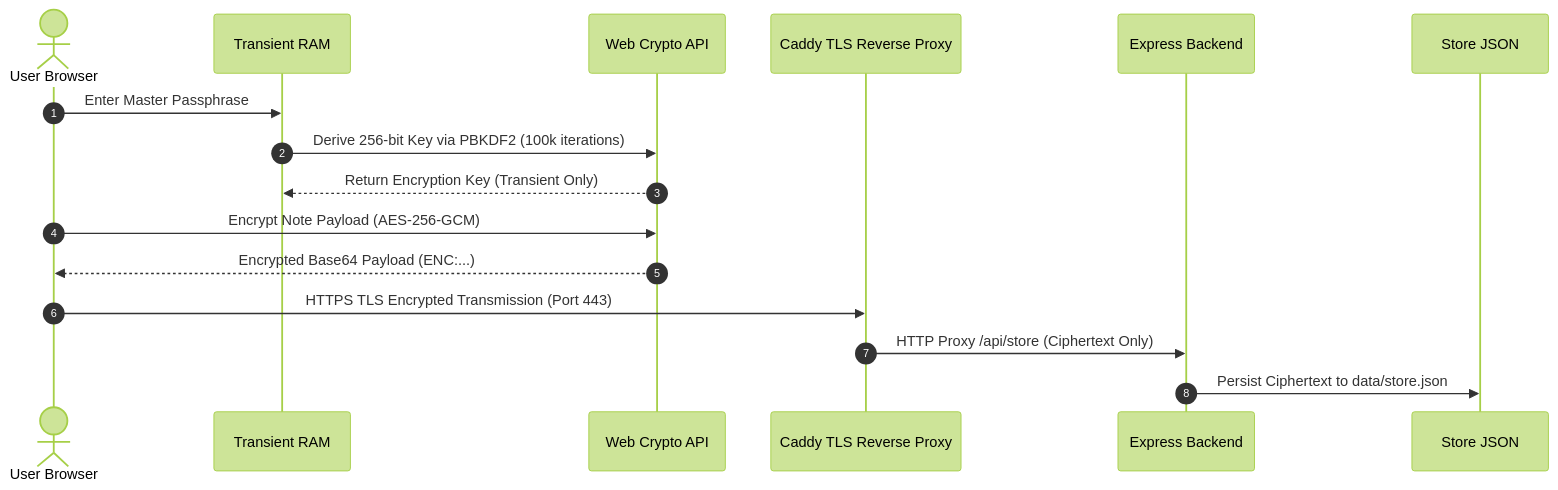
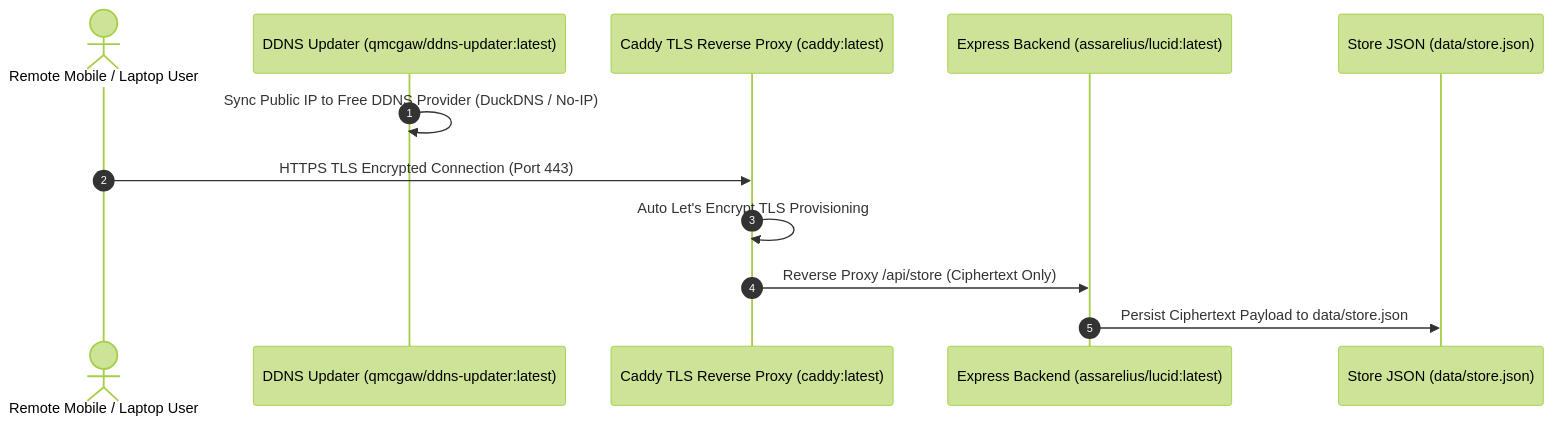
One commit to Arelius-D/LucID changed the diagram in README.md. Above: the diagram before and after it, drawn with Mermaid (forest theme). The commit also changed other lines of this file and 3 other files, not shown here.

Commit message:
feat(release): 1-line setup script, ddns-updater integration, and DuckDNS onboarding guide

````diff
--- a/README.md
+++ b/README.md
@@ -37,19 +54,15 @@
 ```mermaid
 sequenceDiagram
     autonumber
-    actor User as User Browser
-    participant Memory as Transient RAM
-    participant Crypto as Web Crypto API
-    participant Caddy as Caddy TLS Reverse Proxy
-    participant Server as Express Backend
-    participant Storage as Store JSON
+    actor MobileUser as Remote Mobile / Laptop User
+    participant DDNS as DDNS Updater (qmcgaw/ddns-updater:latest)
+    participant Caddy as Caddy TLS Reverse Proxy (caddy:latest)
+    participant Server as Express Backend (assarelius/lucid:latest)
+    participant Storage as Store JSON (data/store.json)
 
-    User->>Memory: Enter Master Passphrase
-    Memory->>Crypto: Derive 256-bit Key via PBKDF2 (100k iterations)
-    Crypto-->>Memory: Return Encryption Key (Transient Only)
-    User->>Crypto: Encrypt Note Payload (AES-256-GCM)
-    Crypto-->>User: Encrypted Base64 Payload (ENC:...)
-    User->>Caddy: HTTPS TLS Encrypted Transmission (Port 443)
-    Caddy->>Server: HTTP Proxy /api/store (Ciphertext Only)
-    Server->>Storage: Persist Ciphertext to data/store.json
+    DDNS->>DDNS: Sync Public IP to Free DDNS Provider (DuckDNS / No-IP)
+    MobileUser->>Caddy: HTTPS TLS Encrypted Connection (Port 443)
+    Caddy->>Caddy: Auto Let's Encrypt TLS Provisioning
+    Caddy->>Server: Reverse Proxy /api/store (Ciphertext Only)
+    Server->>Storage: Persist Ciphertext Payload to data/store.json
 ```
````
